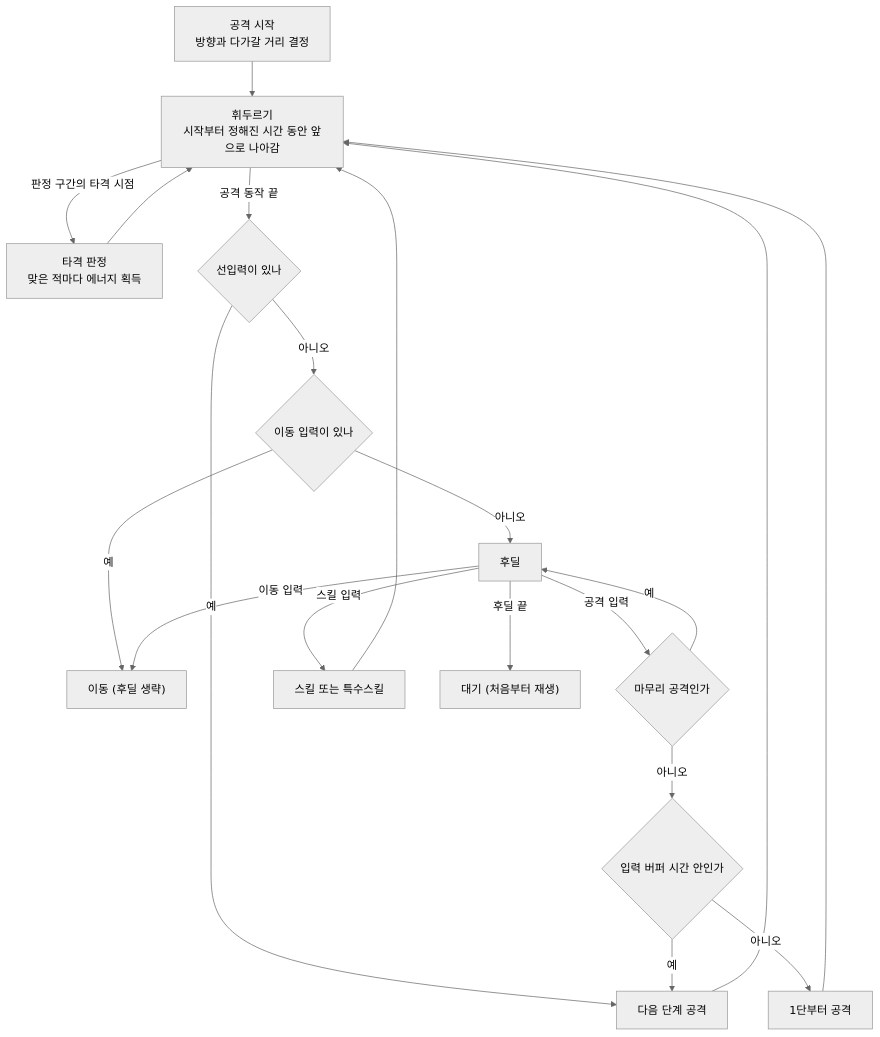
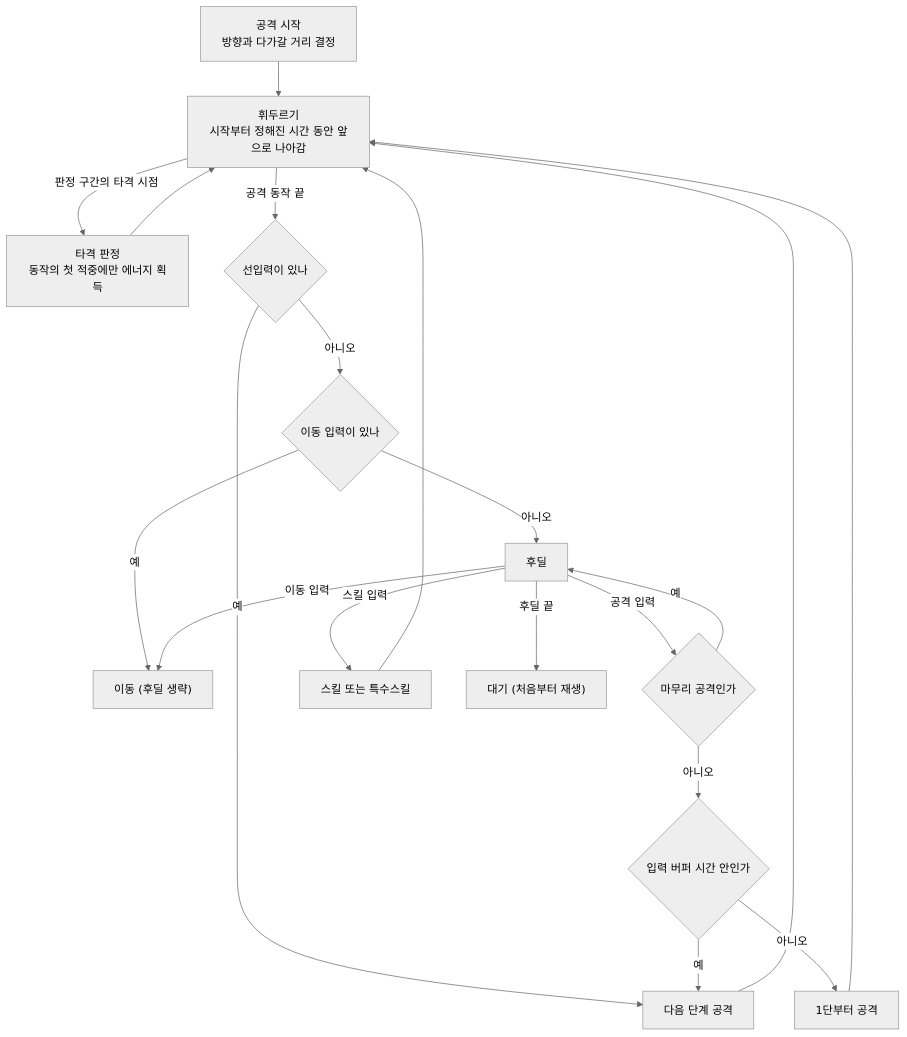
Before and after one commit to SquashPrince/Develrocket_mp15_HHH: the first of 6 diagrams in Docs/Technical/Player/PlayerAttack.md, drawn with Mermaid (neutral theme). The commit also changed other lines of this file and 4 other files, not shown here.

````diff
--- a/Docs/Technical/Player/PlayerAttack.md
+++ b/Docs/Technical/Player/PlayerAttack.md
@@ -29,22 +29,22 @@
 ```mermaid
 flowchart TD
     A["공격 시작<br>방향과 다가갈 거리 결정"] --> B["휘두르기<br>시작부터 정해진 시간 동안 앞으로 나아감"]
-    B -->|"판정 구간의 타격 시점"| H["타격 판정<br>맞은 적마다 에너지 획득"]
+    B -->|"판정 구간의 타격 시점"| H["타격 판정<br>동작의 첫 적중에만 에너지 획득"]
     H --> B
     B -->|"공격 동작 끝"| C{"선입력이 있나"}
     C -->|"예"| N["다음 단계 공격"]
     C -->|"아니오"| D{"이동 입력이 있나"}
     D -->|"예"| L["이동 (후딜 생략)"]
     D -->|"아니오"| R["후딜"]
     R -->|"공격 입력"| M{"마무리 공격인가"}
     M -->|"예"| R
     M -->|"아니오"| K{"입력 버퍼 시간 안인가"}
     K -->|"예"| N
     K -->|"아니오"| F["1단부터 공격"]
     R -->|"스킬 입력"| S["스킬 또는 특수스킬"]
     R -->|"이동 입력"| L
     R -->|"후딜 끝"| I["대기 (처음부터 재생)"]
     N --> B
     F --> B
     S --> B
 ```
````
